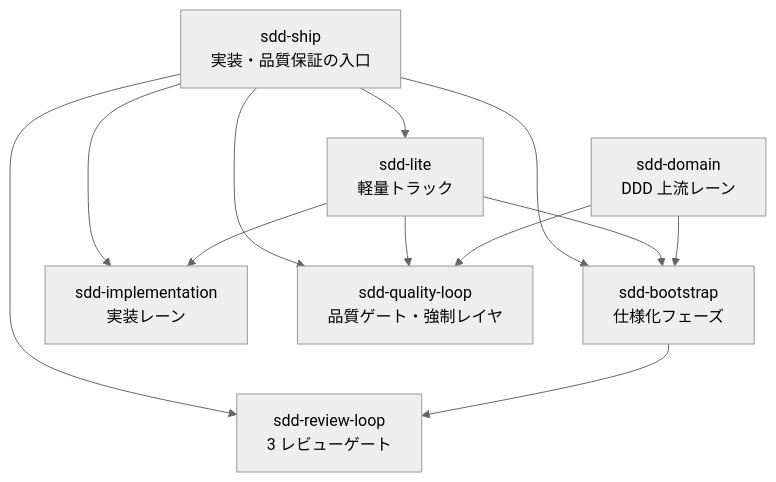
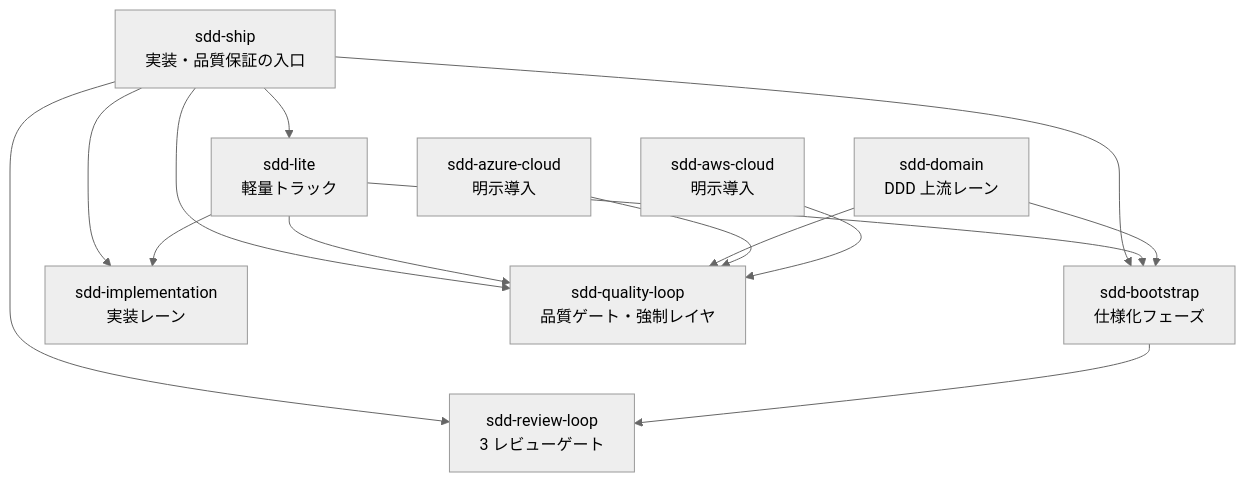
One commit to aharada54914/sdd-forge changed the second of 4 diagrams in docs/architecture/overview.md. Above: the diagram before and after it, drawn with Mermaid (neutral theme). The commit also changed other lines of this file and 206 other files, not shown here.

First line of the commit message:
fix: restore Azure and AWS orchestration for v1.22.1

````diff
--- a/docs/architecture/overview.md
+++ b/docs/architecture/overview.md
@@ -106,15 +112,19 @@
 ```mermaid
 flowchart TD
     SH["sdd-ship<br/>実装・品質保証の入口"]
     LT["sdd-lite<br/>軽量トラック"]
     DM["sdd-domain<br/>DDD 上流レーン"]
     BS["sdd-bootstrap<br/>仕様化フェーズ"]
     IM["sdd-implementation<br/>実装レーン"]
     RV["sdd-review-loop<br/>3 レビューゲート"]
     QL["sdd-quality-loop<br/>品質ゲート・強制レイヤ"]
+    AZ["sdd-azure-cloud<br/>明示導入"]
+    AW["sdd-aws-cloud<br/>明示導入"]
 
     SH --> BS & RV & IM & QL & LT
     LT --> BS & IM & QL
     DM --> BS & QL
     BS --> RV
+    AZ --> QL
+    AW --> QL
 ```
````
